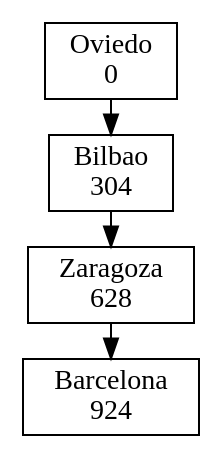
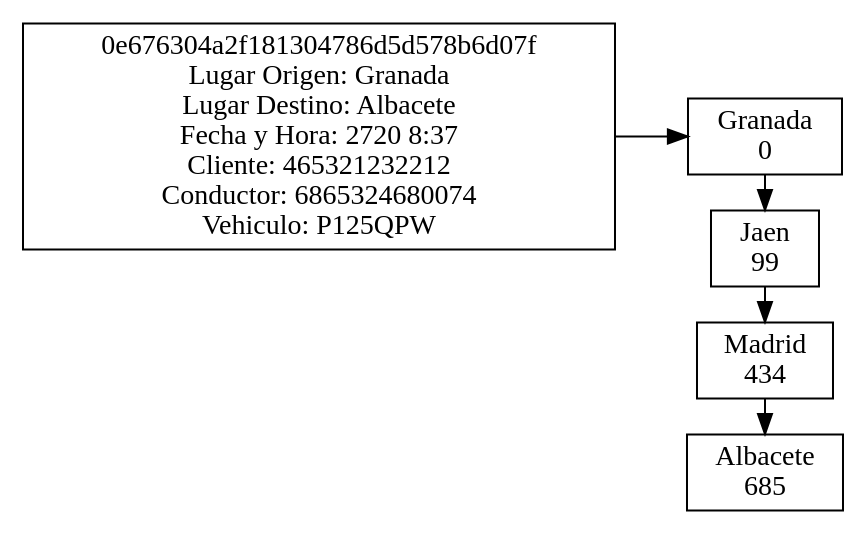
One commit to EmBarillasA94/EDD_PROYECTO2_JUNIO_201503741 changed the diagram in R_Ruta.dot. Above: the diagram before and after it, drawn with Graphviz. The commit also changed 8 other files, not shown here.

```diff
--- a/R_Ruta.dot
+++ b/R_Ruta.dot
@@ -1,15 +1,19 @@
 digraph BlockChain{ 
 node[shape=box]; 
 rankdir = LR; 
 
-subgraph ruta_8605796{ 
+"28040687"[label = "0e676304a2f181304786d5d578b6d07f&#92;nLugar Origen: Granada&#92;nLugar Destino: Albacete&#92;nFecha y Hora: 2720 8:37&#92;nCliente: 465321232212&#92;nConductor: 6865324680074&#92;nVehiculo: P125QPW"] 
+
+subgraph ruta_28040687{ 
 rank=same; 
-"Oviedo_8605796"[label="Oviedo&#92;n0"]; 
-"Bilbao_8605796"[label="Bilbao&#92;n304"]; 
-"Zaragoza_8605796"[label="Zaragoza&#92;n628"]; 
-"Barcelona_8605796"[label="Barcelona&#92;n924"]; 
+"Granada_28040687"[label="Granada&#92;n0"]; 
+"Jaen_28040687"[label="Jaen&#92;n99"]; 
+"Madrid_28040687"[label="Madrid&#92;n434"]; 
+"Albacete_28040687"[label="Albacete&#92;n685"]; 
 
-"Oviedo_8605796"->"Bilbao_8605796"; 
-"Bilbao_8605796"->"Zaragoza_8605796"; 
-"Zaragoza_8605796"->"Barcelona_8605796"; 
-}}
+"Granada_28040687"->"Jaen_28040687"; 
+"Jaen_28040687"->"Madrid_28040687"; 
+"Madrid_28040687"->"Albacete_28040687"; 
+}
+"28040687"->"Granada_28040687"; 
+}
```
